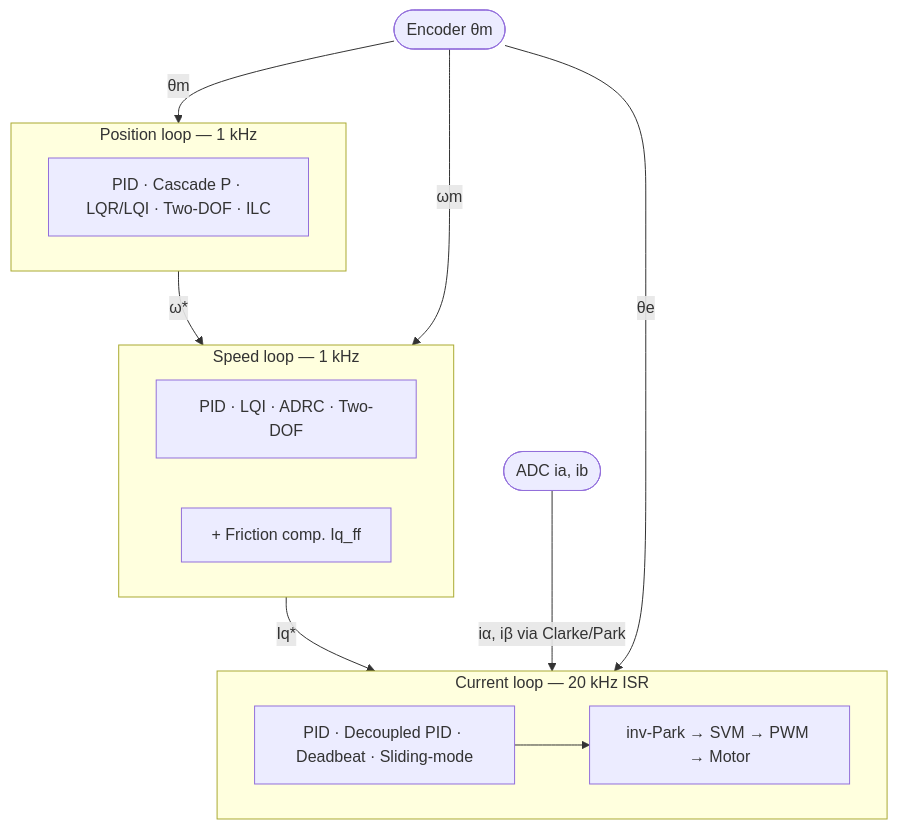
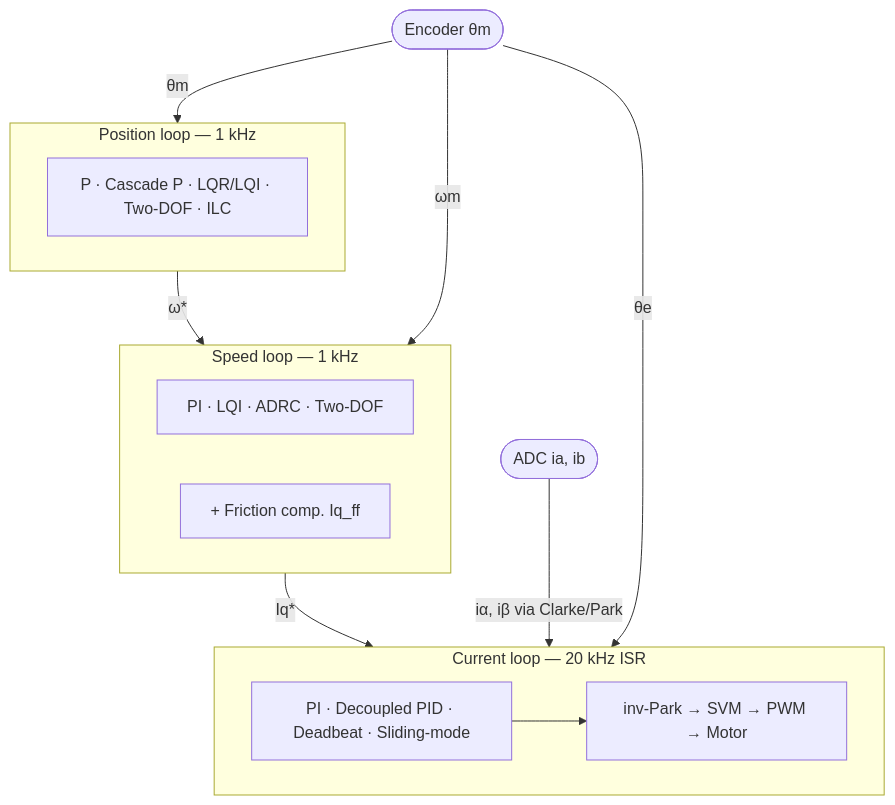
One commit to embedded-pro/e-foc changed the diagram in documentation/theory/advanced-controllers.md. Above: the diagram before and after it, drawn with Mermaid. The commit also changed other lines of this file and 41 other files, not shown here.

First line of the commit message:
chore: replace ASCII charts with TikZ and fix EK-TM4C1294XL moto… (#252)

````diff
--- a/documentation/theory/advanced-controllers.md
+++ b/documentation/theory/advanced-controllers.md
@@ -61,23 +37,23 @@
 ```mermaid
 graph TD
     ENC(["Encoder θm"])
     ADC(["ADC ia, ib"])
     subgraph POS["Position loop — 1 kHz"]
-        PC["PID · Cascade P · LQR/LQI · Two-DOF · ILC"]
+        PC["P · Cascade P · LQR/LQI · Two-DOF · ILC"]
     end
     subgraph SPD["Speed loop — 1 kHz"]
-        SC["PID · LQI · ADRC · Two-DOF"]
+        SC["PI · LQI · ADRC · Two-DOF"]
         FC["+ Friction comp. Iq_ff"]
     end
     subgraph CUR["Current loop — 20 kHz ISR"]
-        CC["PID · Decoupled PID · Deadbeat · Sliding-mode"]
+        CC["PI · Decoupled PID · Deadbeat · Sliding-mode"]
         SVM["inv-Park → SVM → PWM → Motor"]
     end
     POS -->|"ω*"| SPD
     SPD -->|"Iq*"| CUR
     CC --> SVM
     ADC -->|"iα, iβ via Clarke/Park"| CUR
     ENC -->|"θe"| CUR
     ENC -->|"ωm"| SPD
     ENC -->|"θm"| POS
 ```
````
